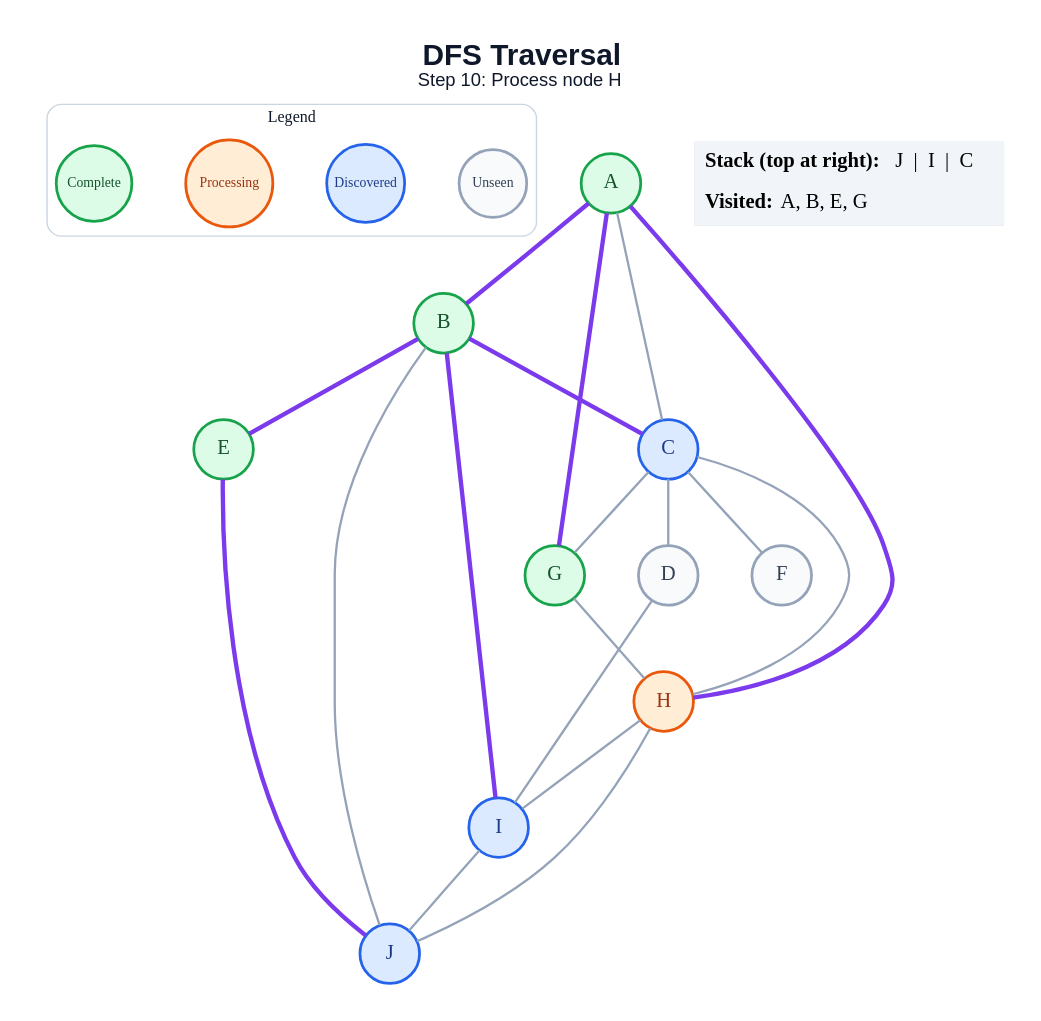
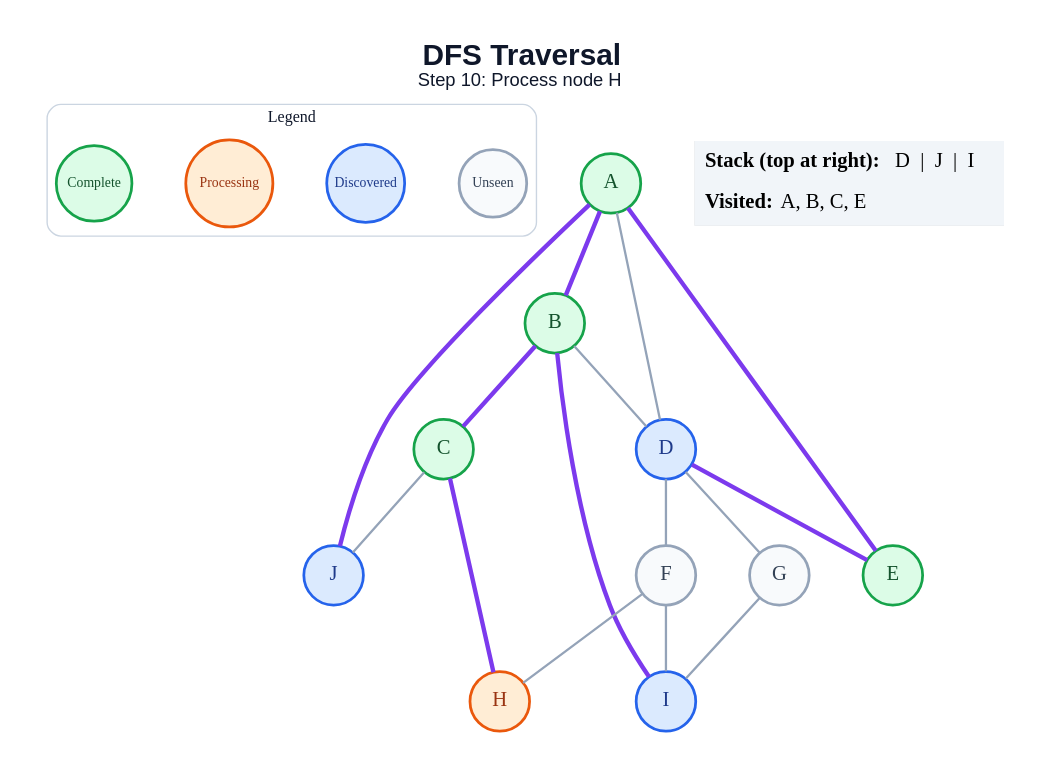
One commit to amanghodawala9/ai-slop changed the diagram in generated/specific-node/dfs/step_10.dot. Above: the diagram before and after it, drawn with Graphviz. The commit also changed 178 other files, not shown here.

```diff
--- a/generated/specific-node/dfs/step_10.dot
+++ b/generated/specific-node/dfs/step_10.dot
@@ -1,47 +1,44 @@
 graph traversal {
   graph [layout=dot, rankdir=TB, bgcolor="#FFFFFF", pad="0.35", nodesep="0.65", ranksep="0.8", fontname="Arial"];
   node [shape=circle, style="filled", fontname="Arial Bold", fontsize=18, width=0.72, fixedsize=true, penwidth=2.4];
   edge [color="#94A3B8", penwidth=2.0];
   label=<<B>DFS Traversal</B><BR/><FONT POINT-SIZE="16">Step 10: Process node H</FONT>>; labelloc="t"; fontsize=26; fontname="Arial"; fontcolor="#0F172A";
   subgraph cluster_legend { label="Legend"; color="#CBD5E1"; penwidth=1.2; style="rounded"; fontsize=14; fontname="Arial Bold";
     key_unseen [label="Unseen", fillcolor="#F8FAFC", color="#94A3B8", fontcolor="#334155", fontsize=12, width=0.82];
     key_frontier [label="Discovered", fillcolor="#DBEAFE", color="#2563EB", fontcolor="#1E3A8A", fontsize=12, width=0.95];
     key_current [label="Processing", fillcolor="#FFEDD5", color="#EA580C", fontcolor="#9A3412", fontsize=12, width=1.05];
     key_done [label="Complete", fillcolor="#DCFCE7", color="#16A34A", fontcolor="#14532D", fontsize=12, width=0.92];
     { rank=same; key_unseen; key_frontier; key_current; key_done; }
   }
   A [fillcolor="#DCFCE7", color="#16A34A", fontcolor="#14532D"];
   B [fillcolor="#DCFCE7", color="#16A34A", fontcolor="#14532D"];
-  C [fillcolor="#DBEAFE", color="#2563EB", fontcolor="#1E3A8A"];
-  D [fillcolor="#F8FAFC", color="#94A3B8", fontcolor="#334155"];
+  C [fillcolor="#DCFCE7", color="#16A34A", fontcolor="#14532D"];
+  D [fillcolor="#DBEAFE", color="#2563EB", fontcolor="#1E3A8A"];
   E [fillcolor="#DCFCE7", color="#16A34A", fontcolor="#14532D"];
   F [fillcolor="#F8FAFC", color="#94A3B8", fontcolor="#334155"];
-  G [fillcolor="#DCFCE7", color="#16A34A", fontcolor="#14532D"];
+  G [fillcolor="#F8FAFC", color="#94A3B8", fontcolor="#334155"];
   H [fillcolor="#FFEDD5", color="#EA580C", fontcolor="#9A3412"];
   I [fillcolor="#DBEAFE", color="#2563EB", fontcolor="#1E3A8A"];
   J [fillcolor="#DBEAFE", color="#2563EB", fontcolor="#1E3A8A"];
   A -- B [color="#7C3AED", penwidth=3.8];
-  A -- C;
-  A -- G [color="#7C3AED", penwidth=3.8];
-  A -- H [color="#7C3AED", penwidth=3.8];
+  A -- D;
+  A -- E [color="#7C3AED", penwidth=3.8];
+  A -- J [color="#7C3AED", penwidth=3.8];
   B -- C [color="#7C3AED", penwidth=3.8];
-  B -- E [color="#7C3AED", penwidth=3.8];
+  B -- D;
   B -- I [color="#7C3AED", penwidth=3.8];
-  B -- J;
-  C -- D;
-  C -- F;
-  C -- G;
-  C -- H;
-  D -- I;
-  E -- J [color="#7C3AED", penwidth=3.8];
-  G -- H;
-  H -- I;
-  H -- J;
-  I -- J;
+  C -- H [color="#7C3AED", penwidth=3.8];
+  C -- J;
+  D -- E [color="#7C3AED", penwidth=3.8];
+  D -- F;
+  D -- G;
+  F -- H;
+  F -- I;
+  G -- I;
   status [shape=plain, fixedsize=false, width=0, height=0, margin=0, label=<
     <TABLE BORDER="0" CELLBORDER="0" CELLPADDING="7" BGCOLOR="#F1F5F9">
-      <TR><TD ALIGN="LEFT"><B>Stack (top at right):</B> J  |  I  |  C</TD></TR>
-      <TR><TD ALIGN="LEFT"><B>Visited:</B> A, B, E, G</TD></TR>
+      <TR><TD ALIGN="LEFT"><B>Stack (top at right):</B> D  |  J  |  I</TD></TR>
+      <TR><TD ALIGN="LEFT"><B>Visited:</B> A, B, C, E</TD></TR>
     </TABLE>
   >];
 }
```
